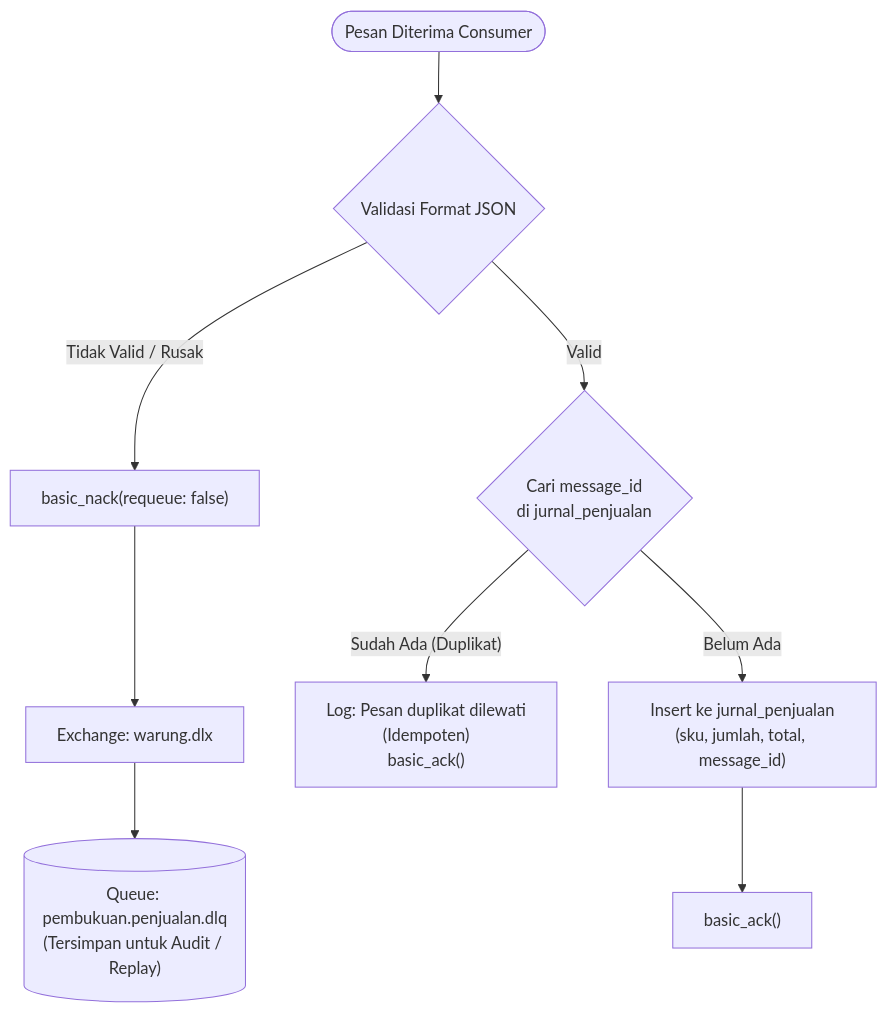
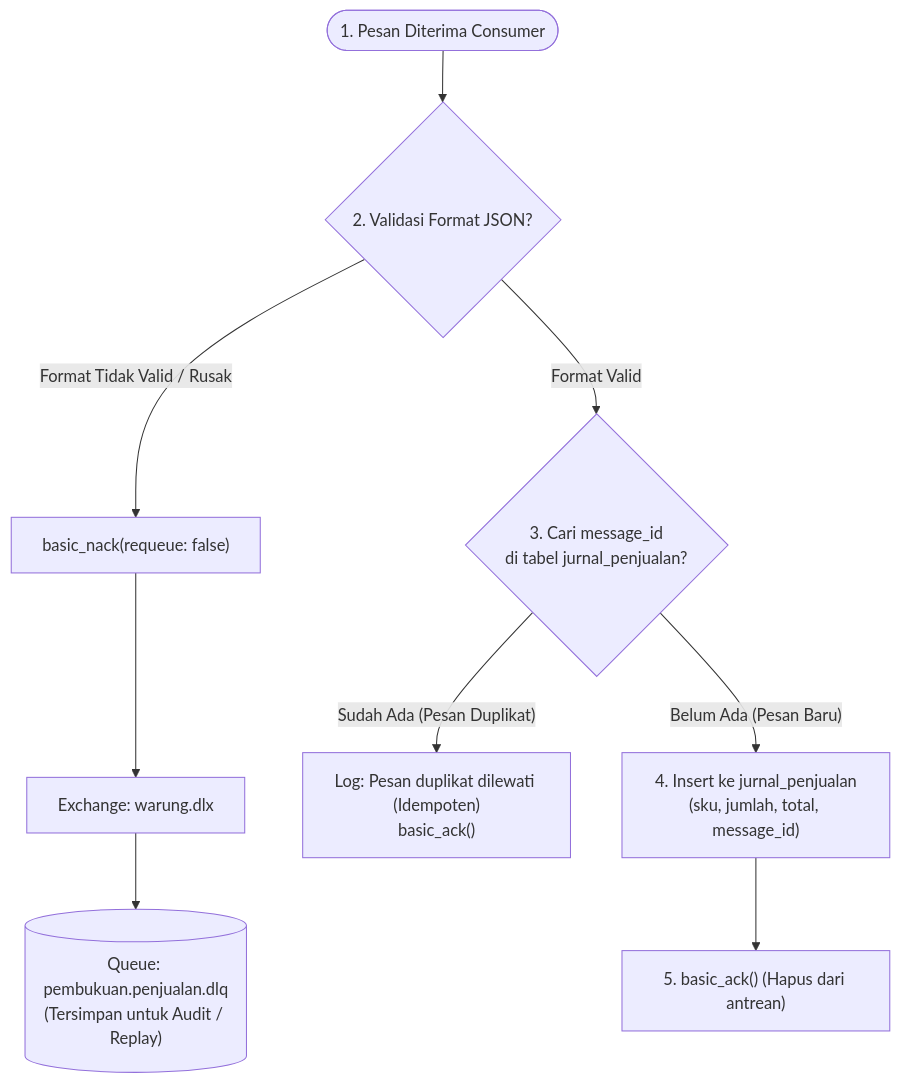
Before and after one commit to jackalwyssad/warung-ibu-beti: the third of 3 diagrams in README.md, drawn with Mermaid. The commit also changed other lines of this file, not shown here.

Commit message:
docs: tata ulang diagram alur (LR layout) dan sequence diagram dengan penomoran jelas

````diff
--- a/README.md
+++ b/README.md
@@ -166,13 +169,13 @@
 ```mermaid
 flowchart TD
-    Start([Pesan Diterima Consumer]) --> ParseJSON{Validasi Format JSON}
+    Start([1. Pesan Diterima Consumer]) --> ParseJSON{2. Validasi Format JSON?}
     
-    ParseJSON -- Tidak Valid / Rusak --> NackDLQ["basic_nack(requeue: false)"]
+    ParseJSON -- Format Tidak Valid / Rusak --> NackDLQ["basic_nack(requeue: false)"]
     NackDLQ --> DLX["Exchange: warung.dlx"]
     DLX --> QueueDLQ[("Queue: pembukuan.penjualan.dlq<br/>(Tersimpan untuk Audit / Replay)")]
     
-    ParseJSON -- Valid --> CekMsgId{"Cari message_id<br/>di jurnal_penjualan"}
-    CekMsgId -- Sudah Ada (Duplikat) --> AckDup["Log: Pesan duplikat dilewati<br/>(Idempoten)<br/>basic_ack()"]
-    CekMsgId -- Belum Ada --> InsertDB["Insert ke jurnal_penjualan<br/>(sku, jumlah, total, message_id)"]
-    InsertDB --> AckSukses["basic_ack()"]
+    ParseJSON -- Format Valid --> CekMsgId{"3. Cari message_id<br/>di tabel jurnal_penjualan?"}
+    CekMsgId -- Sudah Ada (Pesan Duplikat) --> AckDup["Log: Pesan duplikat dilewati (Idempoten)<br/>basic_ack()"]
+    CekMsgId -- Belum Ada (Pesan Baru) --> InsertDB["4. Insert ke jurnal_penjualan<br/>(sku, jumlah, total, message_id)"]
+    InsertDB --> AckSukses["5. basic_ack() (Hapus dari antrean)"]
 ```
````
